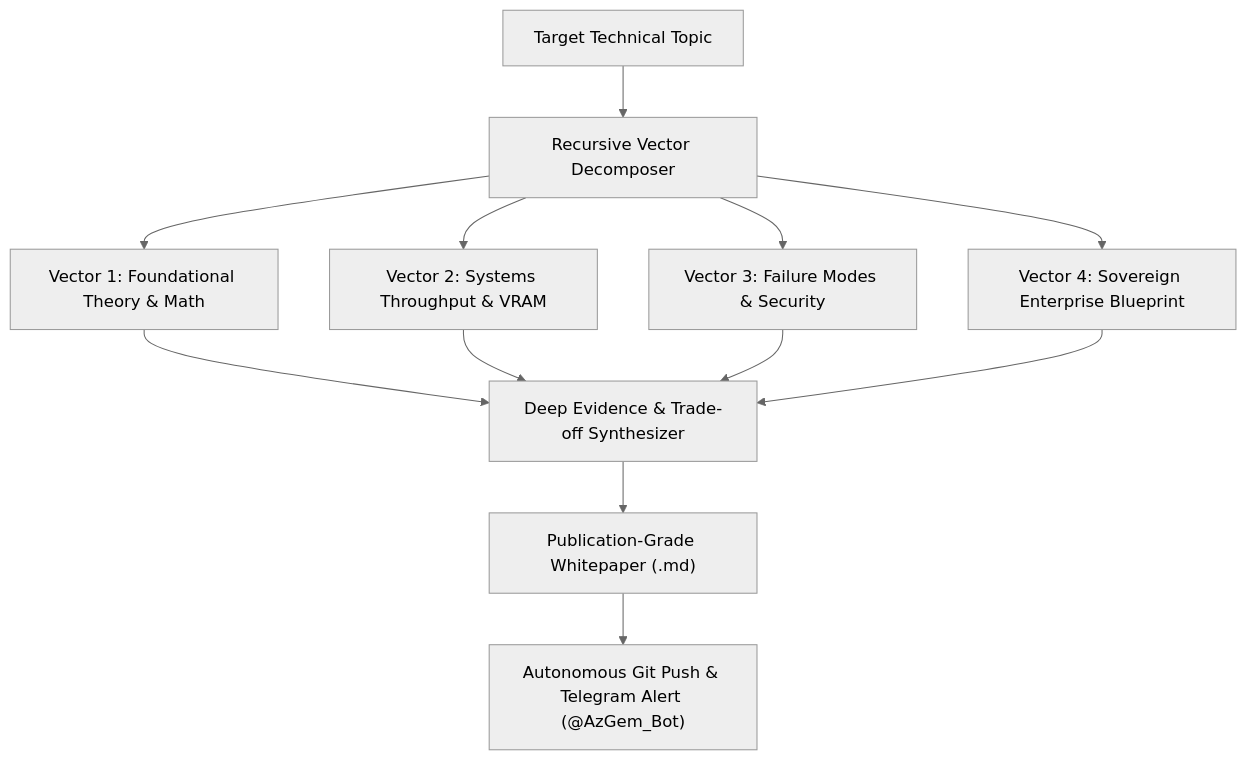
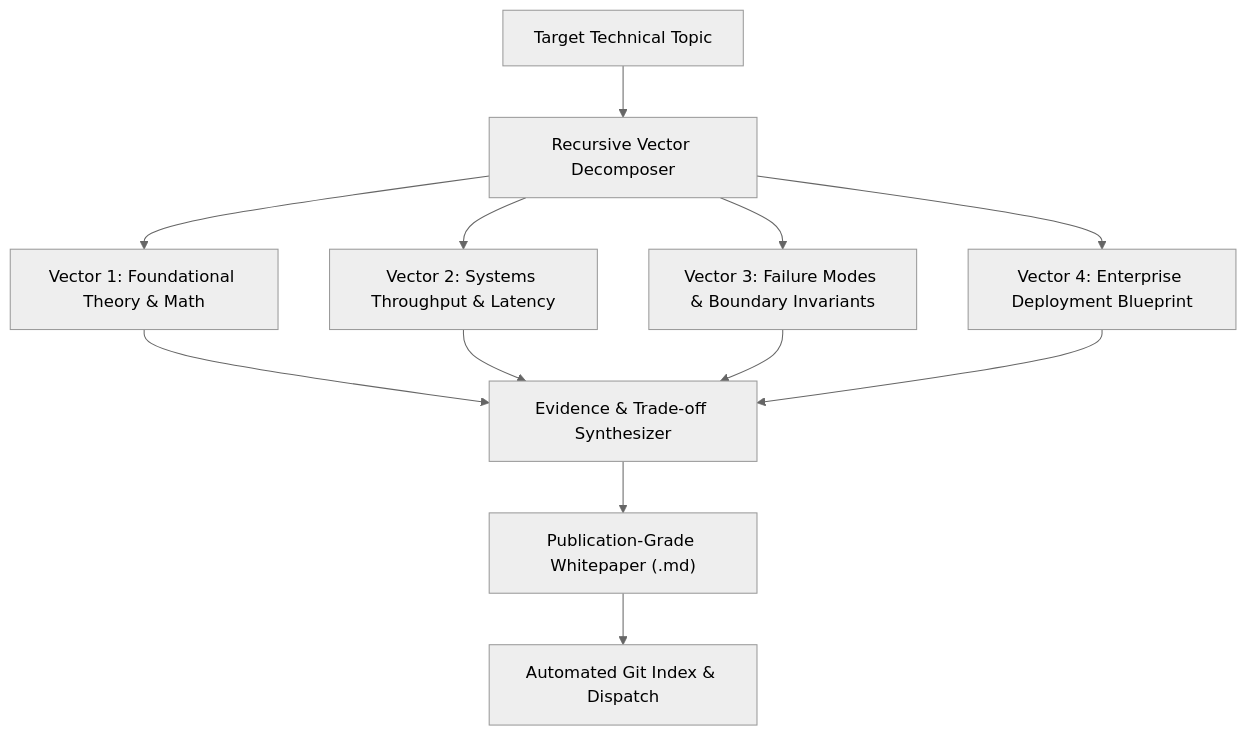
One commit to Amz34/deep-research-engine changed the diagram in README.md. Above: the diagram before and after it, drawn with Mermaid (neutral theme). The commit also changed other lines of this file and 14 other files, not shown here.

Commit message:
feat(repo): add visual architecture, MIT license, CI workflow, test suite, and backlink

````diff
--- a/README.md
+++ b/README.md
@@ -20,11 +25,11 @@
 ```mermaid
 flowchart TD
     A["Target Technical Topic"] --> B["Recursive Vector Decomposer"]
     B --> C1["Vector 1: Foundational Theory & Math"]
-    B --> C2["Vector 2: Systems Throughput & VRAM"]
-    B --> C3["Vector 3: Failure Modes & Security"]
-    B --> C4["Vector 4: Sovereign Enterprise Blueprint"]
-    C1 & C2 & C3 & C4 --> D["Deep Evidence & Trade-off Synthesizer"]
+    B --> C2["Vector 2: Systems Throughput & Latency"]
+    B --> C3["Vector 3: Failure Modes & Boundary Invariants"]
+    B --> C4["Vector 4: Enterprise Deployment Blueprint"]
+    C1 & C2 & C3 & C4 --> D["Evidence & Trade-off Synthesizer"]
     D --> E["Publication-Grade Whitepaper (.md)"]
-    E --> F["Autonomous Git Push & Telegram Alert (@AzGem_Bot)"]
+    E --> F["Automated Git Index & Dispatch"]
 ```
````
